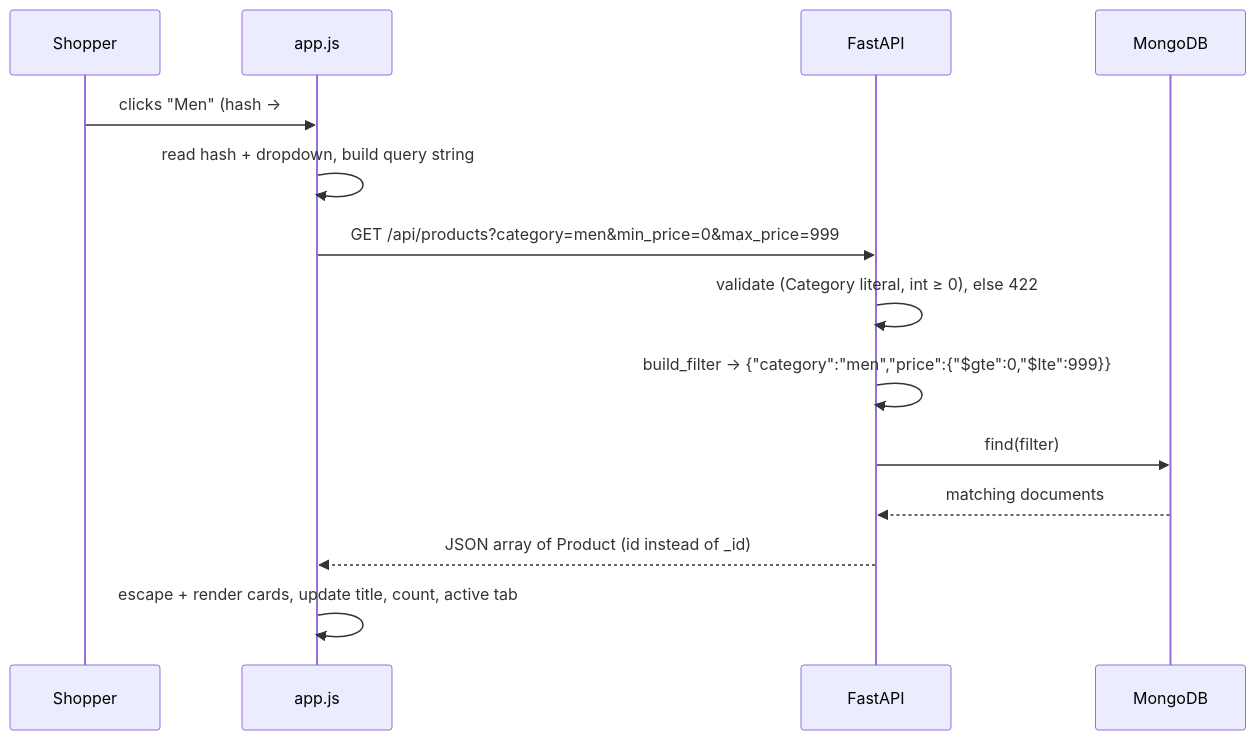
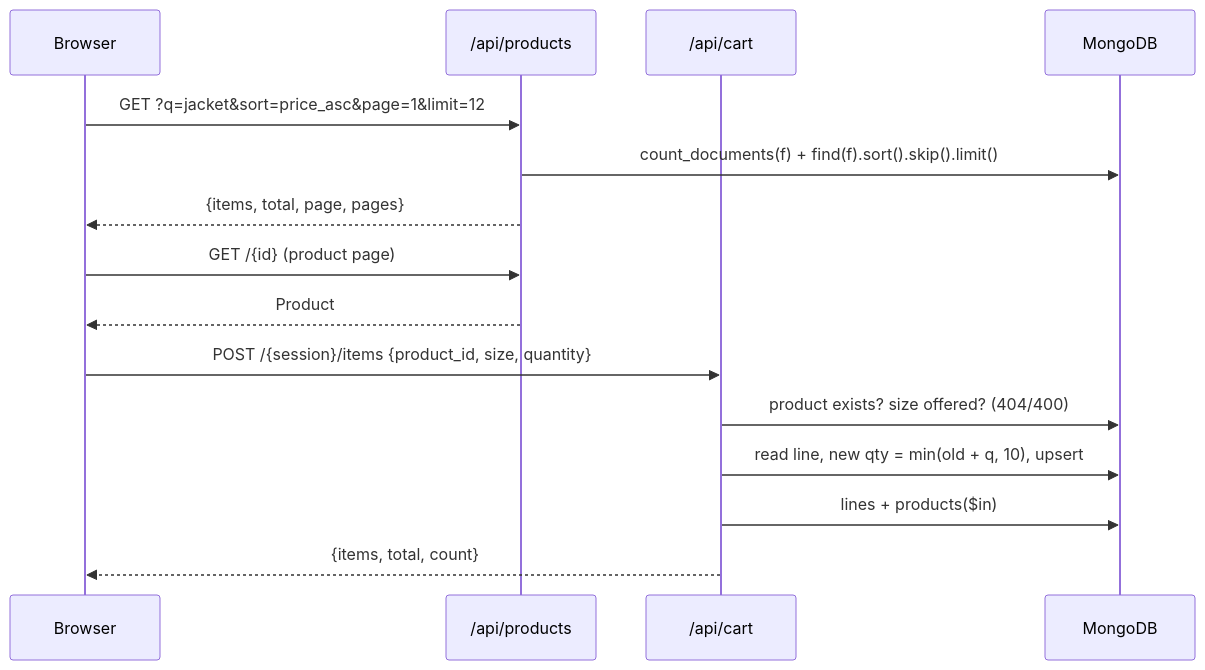
The third of 4 diagrams in docs/HLD.md (abhishek-tiwari-nitrr/ChatCloset), drawn with Mermaid before and after one commit. The commit also changed other lines of this file and 1 other file, not shown here.

````diff
--- a/docs/HLD.md
+++ b/docs/HLD.md
@@ -51,16 +63,17 @@
 ```mermaid
 sequenceDiagram
-    participant U as Shopper
-    participant B as app.js
-    participant A as FastAPI
+    participant B as Browser
+    participant P as /api/products
+    participant C as /api/cart
     participant M as MongoDB
-    U->>B: clicks "Men" (hash → #men) or picks "Under ₹1,000"
-    B->>B: read hash + dropdown, build query string
-    B->>A: GET /api/products?category=men&min_price=0&max_price=999
-    A->>A: validate (Category literal, int ≥ 0), else 422
-    A->>A: build_filter → {"category":"men","price":{"$gte":0,"$lte":999}}
-    A->>M: find(filter)
-    M-->>A: matching documents
-    A-->>B: JSON array of Product (id instead of _id)
-    B->>B: escape + render cards, update title, count, active tab
+    B->>P: GET ?q=jacket&sort=price_asc&page=1&limit=12
+    P->>M: count_documents(f) + find(f).sort().skip().limit()
+    P-->>B: {items, total, page, pages}
+    B->>P: GET /{id} (product page)
+    P-->>B: Product
+    B->>C: POST /{session}/items {product_id, size, quantity}
+    C->>M: product exists? size offered? (404/400)
+    C->>M: read line, new qty = min(old + q, 10), upsert
+    C->>M: lines + products($in)
+    C-->>B: {items, total, count}
 ```
````
